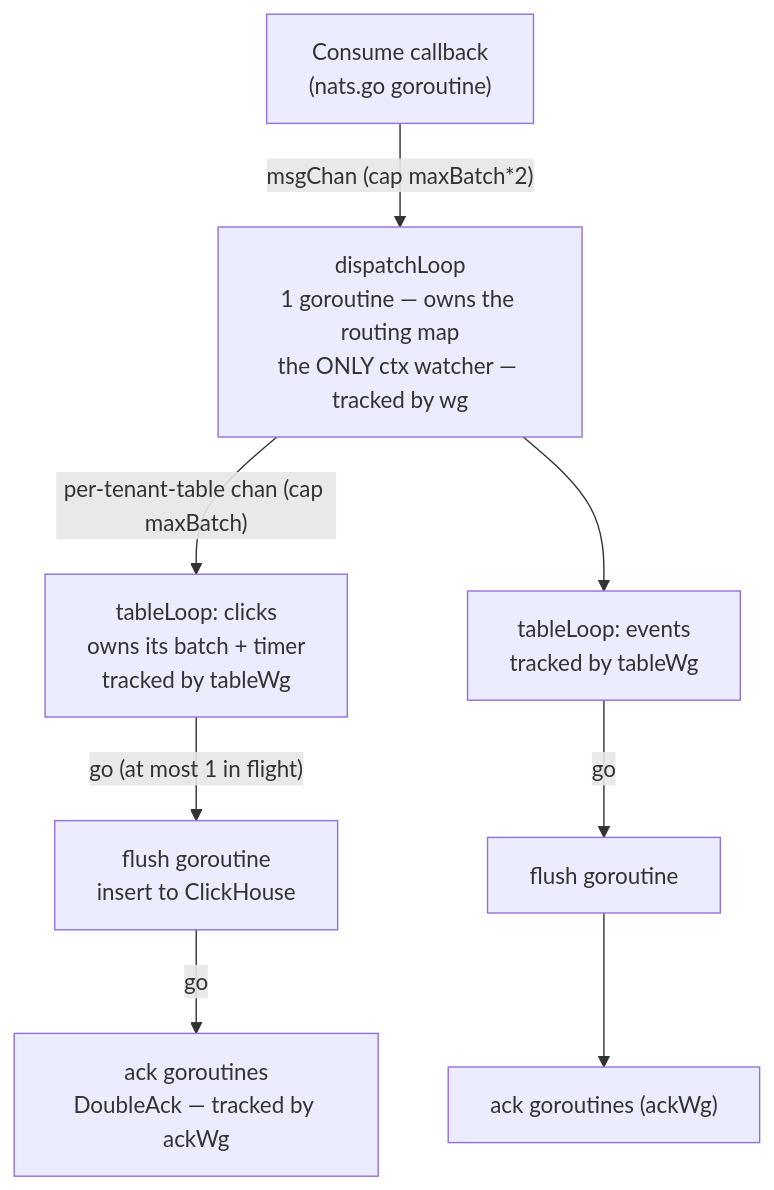
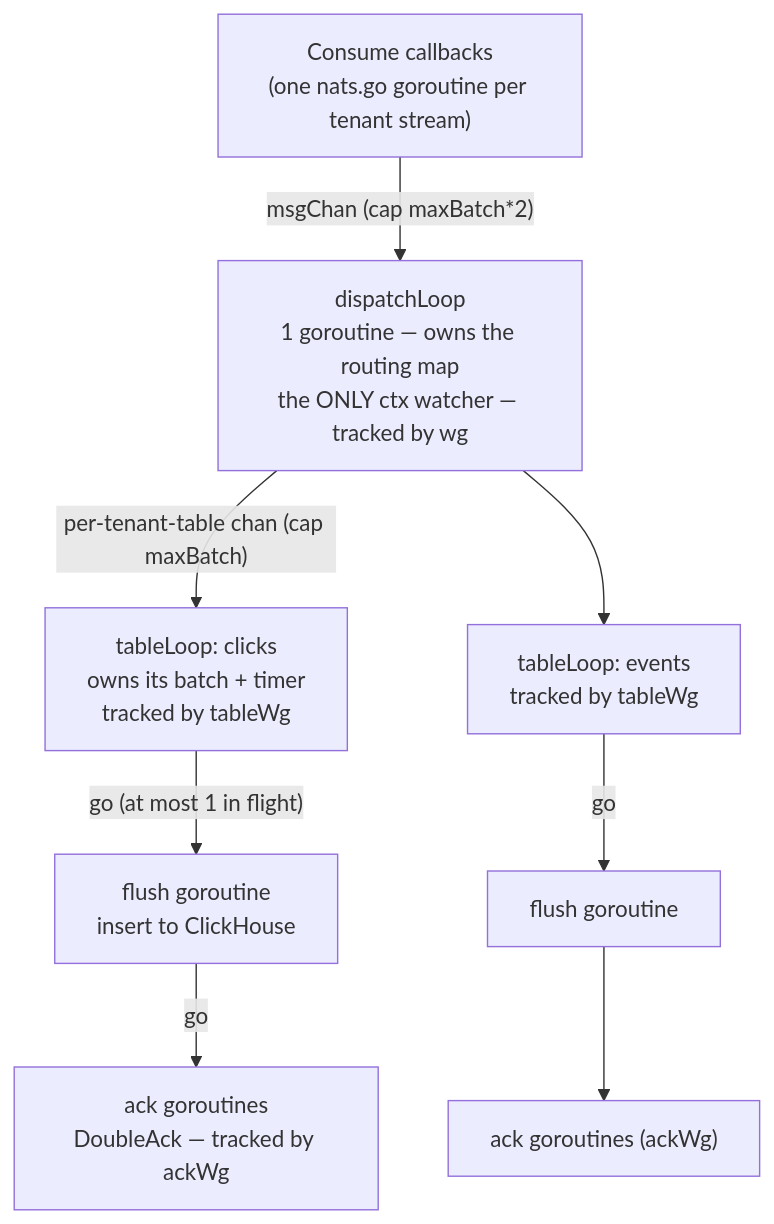
The third of 8 diagrams in docs/src/content/docs/ingest-pipeline.md (Wave-RF/WaveHouse), drawn with Mermaid before and after one commit. The commit also changed other lines of this file and 11 other files, not shown here.

````diff
--- a/docs/src/content/docs/ingest-pipeline.md
+++ b/docs/src/content/docs/ingest-pipeline.md
@@ -94,11 +94,11 @@
 ```mermaid
 flowchart TD
-    CB["Consume callback<br/>(nats.go goroutine)"] -->|"msgChan (cap maxBatch*2)"| D
+    CB["Consume callbacks<br/>(one nats.go goroutine per tenant stream)"] -->|"msgChan (cap maxBatch*2)"| D
     D["dispatchLoop<br/>1 goroutine — owns the routing map<br/>the ONLY ctx watcher — tracked by wg"]
     D -->|"per-tenant-table chan (cap maxBatch)"| T1["tableLoop: clicks<br/>owns its batch + timer<br/>tracked by tableWg"]
     D --> T2["tableLoop: events<br/>tracked by tableWg"]
     T1 -->|"go (at most 1 in flight)"| F1["flush goroutine<br/>insert to ClickHouse"]
     F1 -->|"go"| A1["ack goroutines<br/>DoubleAck — tracked by ackWg"]
     T2 -->|"go"| F2["flush goroutine"]
     F2 --> A2["ack goroutines (ackWg)"]
 ```
````
